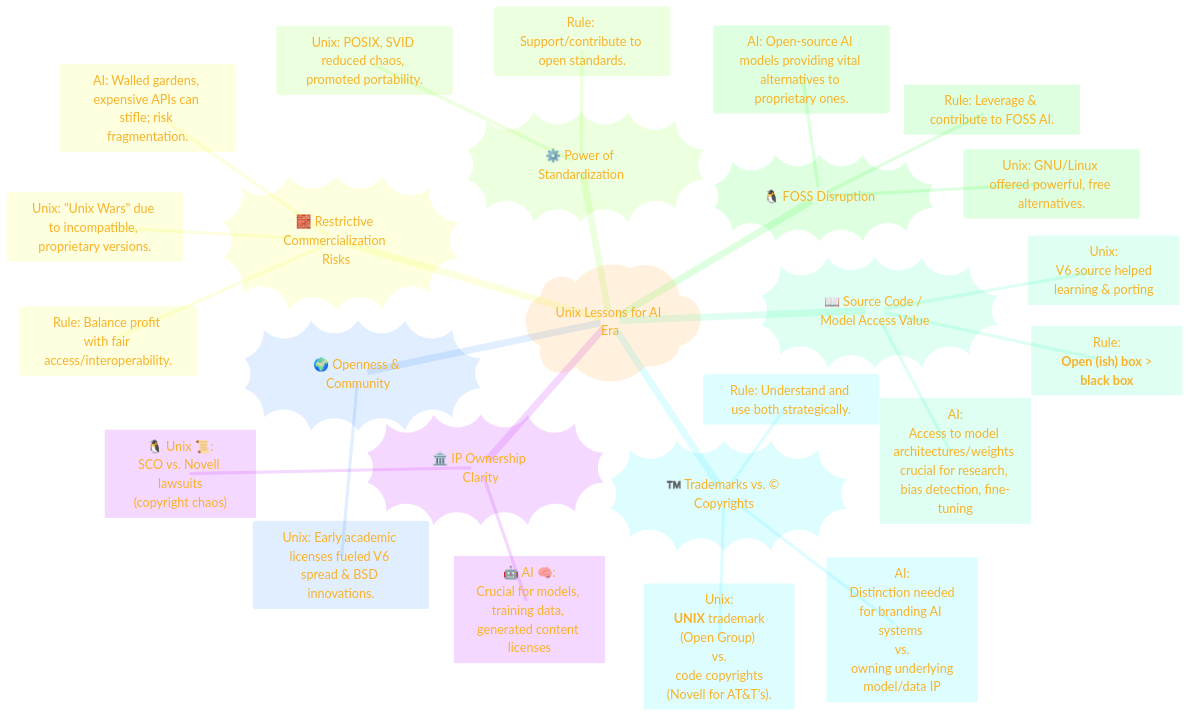
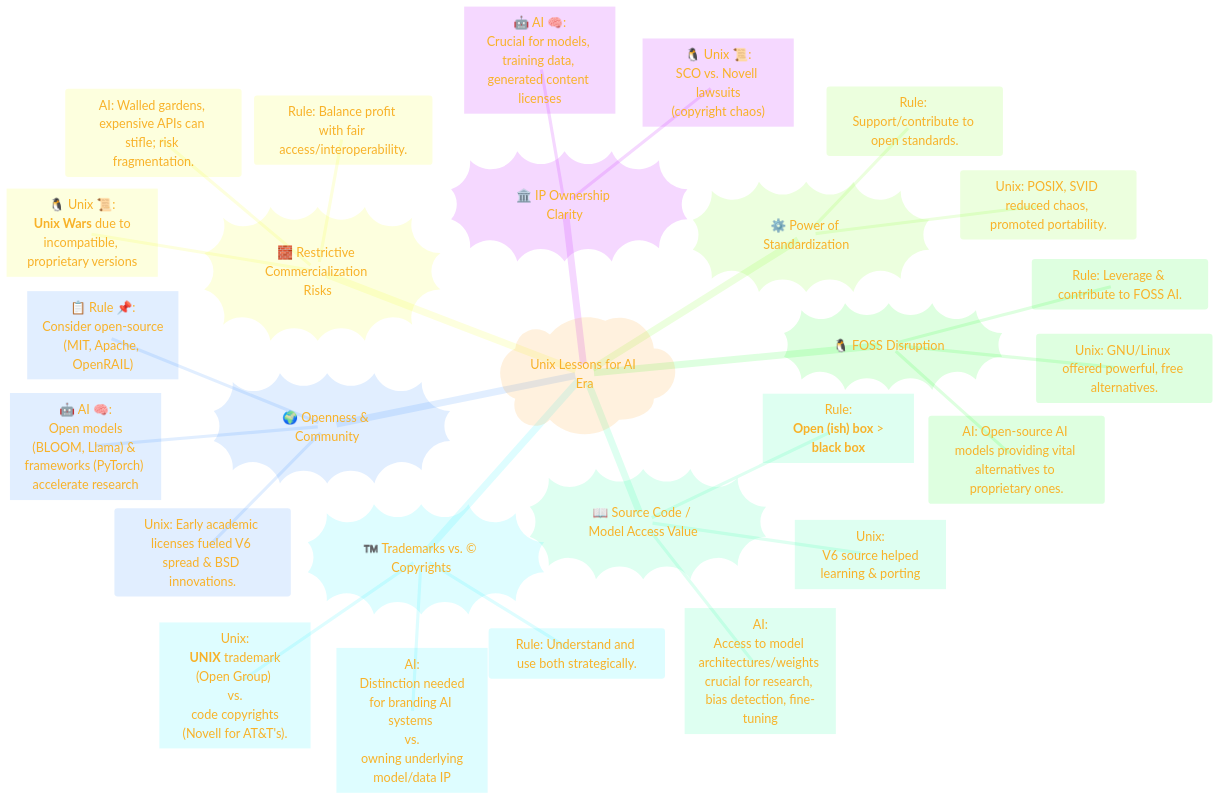
Before and after one commit to CongLeSolutionX/Digital-Bedrock-Landscape: the fourth of 7 diagrams in THE_PAST/PART-4_Consolidated_info.md, drawn with Mermaid.

````diff
--- a/THE_PAST/PART-4_Consolidated_info.md
+++ b/THE_PAST/PART-4_Consolidated_info.md
@@ -275,67 +275,67 @@
 ```mermaid
 ---
 title: "Lessons from Unix for the AI Era: A Guiding Light"
 author: "Cong Le"
 version: "1.0"
 license(s): "MIT, CC BY 4.0"
 copyright: "Copyright (c) 2025 Cong Le. All Rights Reserved."
 config:
   theme: base
 ---
 %%%%%%%% Mermaid version v11.4.1-b.14
 %%{
   init: {
     'fontFamily': 'American Typewriter',
     'mindmap': {
 	    'nodeAlign': 'center',
 	    'padding': 20
     },
     'themeVariables': {
       'primaryColor': '#FC82',
       'primaryTextColor': '#F8B229',
       'primaryBorderColor': '#27AE60',
       'secondaryColor': '#EBF3',
       'secondaryTextColor': '#6C3483',
       'secondaryBorderColor': '#A569BD',
       'fontSize': '20px'
     }
   }
 }%%
 mindmap
   root)"Unix Lessons for AI Era"(
     IP_Ownership_Clarity))"🏛️ IP Ownership Clarity"((
       ::icon(fa fa-landmark)
       Unix["🐧 Unix 📜:<br/>SCO vs. Novell lawsuits<br/>(copyright chaos)"]
       AI["🤖 AI 🧠:<br/>Crucial for models, training data, generated content licenses"]
       %% Rule: Explicitly define rights! $$\\mathcal{L}_{AI} = f(\text{data}, \text{model}, \text{output})$$
     Openness_and_Community))"🌍 Openness & Community"((
       ::icon(fa fa-globe)
       Unix: Early academic licenses fueled V6 spread & BSD innovations.
-      %% AI: Open models (BLOOM, Llama) & frameworks (PyTorch) accelerate research.
-      %% Rule: Consider open-source (MIT, Apache, OpenRAIL).
+      AI["🤖 AI 🧠:<br/> Open models (BLOOM, Llama) & frameworks (PyTorch) accelerate research"]
+      Rule["📋 Rule 📌:<br/>Consider open-source<br/>(MIT, Apache, OpenRAIL)"]
     Restrictive_Commercialization_Risks))"🧱 Restrictive Commercialization Risks"((
       ::icon(fa fa-store-slash)
-      Unix: "Unix Wars" due to incompatible, proprietary versions.
+      Unix["🐧 Unix 📜:<br/> **Unix Wars** due to incompatible, proprietary versions"]
       AI: Walled gardens, expensive APIs can stifle; risk fragmentation.
       Rule: Balance profit with fair access/interoperability.
     Power_of_Standardization))"⚙️ Power of Standardization"((
       ::icon(fa fa-cogs)
       Unix: POSIX, SVID reduced chaos, promoted portability.
       %% AI: Needed for model formats (ONNX), APIs, data interchange, ethics.
       Rule: Support/contribute to open standards.
     FOSS_Disruption))"🐧 FOSS Disruption"((
       ::icon(fa fa-linux)
       Unix: GNU/Linux offered powerful, free alternatives.
       AI: Open-source AI models providing vital alternatives to proprietary ones.
       Rule: Leverage & contribute to FOSS AI.
     Source_Code_Model_Access_Value))"📖 Source Code / Model Access Value"((
       ::icon(fa fa-book-open)
       Unix["Unix:<br/> V6 source helped learning & porting"]
       AI["AI:<br/>Access to model architectures/weights crucial for research, bias detection, fine-tuning"]
       Rule["Rule:<br/> **Open (ish) box** > **black box**"]
     Trademarks_vs_Copyrights))"™️ Trademarks vs. © Copyrights"((
       ::icon(fa fa-registered)
       Unix["Unix:<br/> **UNIX** trademark (Open Group) <br/>vs.<br/> code copyrights (Novell for AT&T's)."]
       AI["AI:<br/> Distinction needed for branding AI systems <br/>vs.<br/> owning underlying model/data IP"]
       Rule: Understand and use both strategically.
 ```
````
